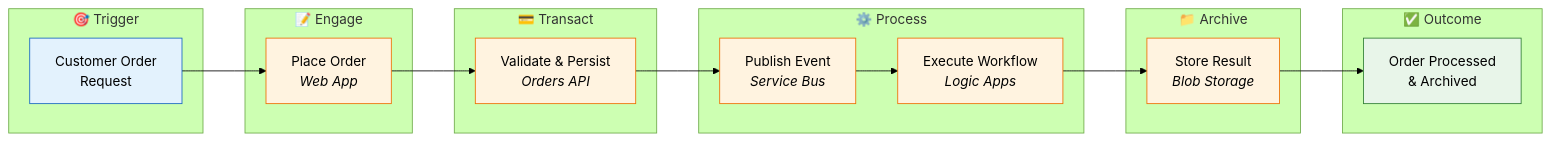
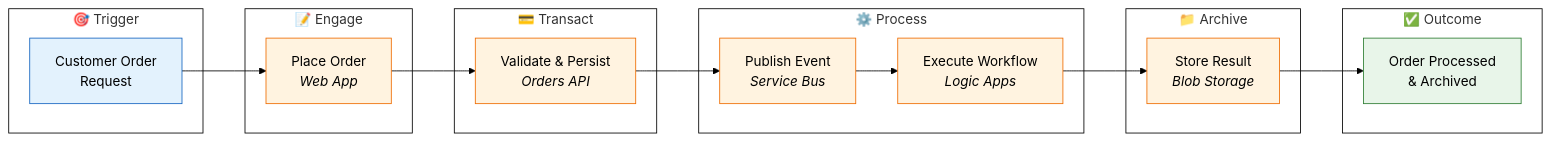
One commit to Evilazaro/Azure-LogicApps-Monitoring changed the second of 4 diagrams in docs/architecture/01-business-architecture.md. Above: the diagram before and after it, drawn with Mermaid (forest theme). The commit also changed other lines of this file and 2 other files, not shown here.

Commit message:
Refactor Mermaid diagrams for improved clarity and consistency in business and data architecture documentation

````diff
--- a/docs/architecture/01-business-architecture.md
+++ b/docs/architecture/01-business-architecture.md
@@ -110,37 +114,45 @@
 ```mermaid
 flowchart LR
-    subgraph Trigger["🎯 Trigger"]
-        T1["Customer Order<br/>Request"]
-    end
+ subgraph Trigger["🎯 Trigger"]
+        T1["Customer Order<br>Request"]
+  end
+ subgraph Engage["📝 Engage"]
+        S1["Place Order<br><i>Web App</i>"]
+  end
+ subgraph Transact["💳 Transact"]
+        S2["Validate &amp; Persist<br><i>Orders API</i>"]
+  end
+ subgraph Process["⚙️ Process"]
+        S3["Publish Event<br><i>Service Bus</i>"]
+        S4["Execute Workflow<br><i>Logic Apps</i>"]
+  end
+ subgraph Archive["📁 Archive"]
+        S5["Store Result<br><i>Blob Storage</i>"]
+  end
+ subgraph Outcome["✅ Outcome"]
+        O1["Order Processed<br>&amp; Archived"]
+  end
+    T1 --> S1
+    S1 --> S2
+    S2 --> S3
+    S3 --> S4
+    S4 --> S5
+    S5 --> O1
 
-    subgraph Engage["📝 Engage"]
-        S1["Place Order<br/><i>Web App</i>"]
-    end
-
-    subgraph Transact["💳 Transact"]
-        S2["Validate & Persist<br/><i>Orders API</i>"]
-    end
-
-    subgraph Process["⚙️ Process"]
-        S3["Publish Event<br/><i>Service Bus</i>"]
-        S4["Execute Workflow<br/><i>Logic Apps</i>"]
-    end
-
-    subgraph Archive["📁 Archive"]
-        S5["Store Result<br/><i>Blob Storage</i>"]
-    end
-
-    subgraph Outcome["✅ Outcome"]
-        O1["Order Processed<br/>& Archived"]
-    end
-
-    T1 --> S1 --> S2 --> S3 --> S4 --> S5 --> O1
-
+     T1:::trigger
+     S1:::stage
+     S2:::stage
+     S3:::stage
+     S4:::stage
+     S5:::stage
+     O1:::outcome
     classDef trigger fill:#e3f2fd,stroke:#1565c0
     classDef stage fill:#fff3e0,stroke:#ef6c00
     classDef outcome fill:#e8f5e9,stroke:#2e7d32
-
-    class T1 trigger
-    class S1,S2,S3,S4,S5 stage
-    class O1 outcome
+    style Trigger stroke:#000000,fill:#FFFFFF
+    style Engage stroke:#000000,fill:#FFFFFF
+    style Transact stroke:#000000,fill:#FFFFFF
+    style Process stroke:#000000,fill:#FFFFFF
+    style Archive stroke:#000000,fill:#FFFFFF
+    style Outcome stroke:#000000,fill:#FFFFFF
 ```
````
